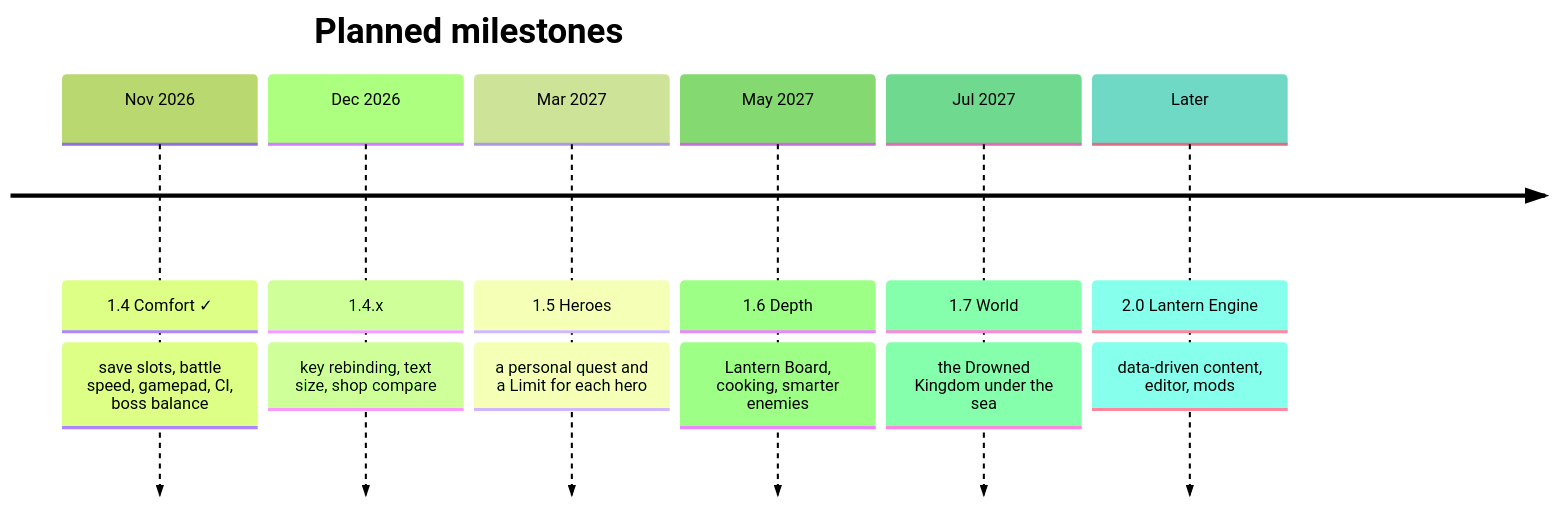
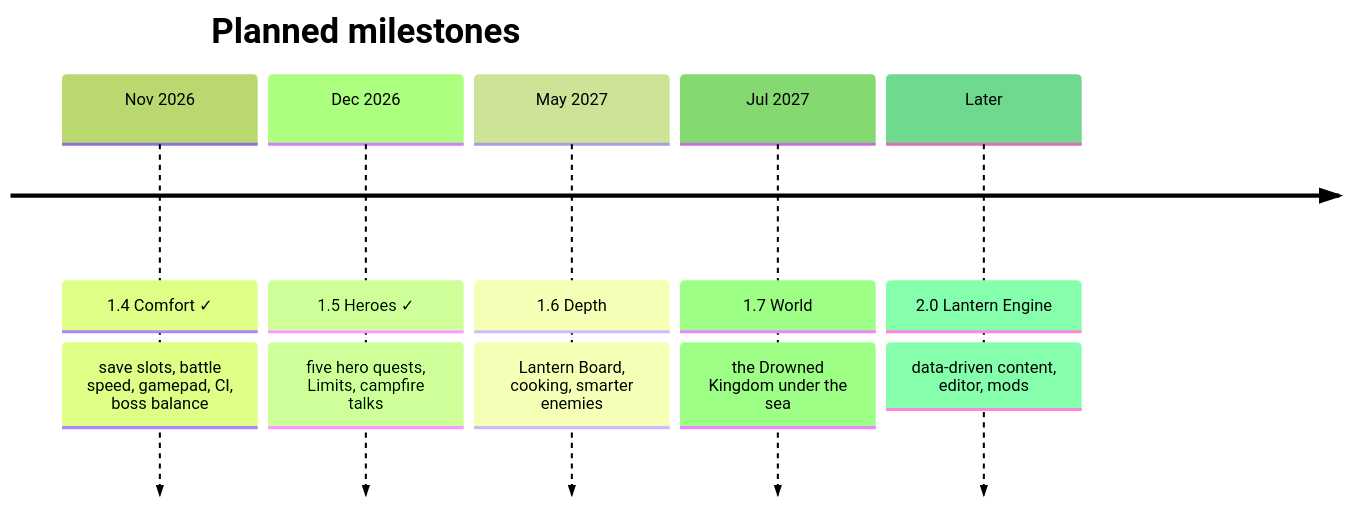
One commit to CptNope/Laternfall changed the fifth of 5 diagrams in README.md. Above: the diagram before and after it, drawn with Mermaid (forest theme). The commit also changed other lines of this file and 26 other files, not shown here.

````diff
--- a/README.md
+++ b/README.md
@@ -337,10 +351,9 @@
 ```mermaid
 timeline
     title Planned milestones
     Nov 2026 : 1.4 Comfort ✓ : save slots, battle speed, gamepad, CI, boss balance
-    Dec 2026 : 1.4.x : key rebinding, text size, shop compare
-    Mar 2027 : 1.5 Heroes : a personal quest and a Limit for each hero
+    Dec 2026 : 1.5 Heroes ✓ : five hero quests, Limits, campfire talks
     May 2027 : 1.6 Depth : Lantern Board, cooking, smarter enemies
     Jul 2027 : 1.7 World : the Drowned Kingdom under the sea
     Later : 2.0 Lantern Engine : data-driven content, editor, mods
 ```
````
